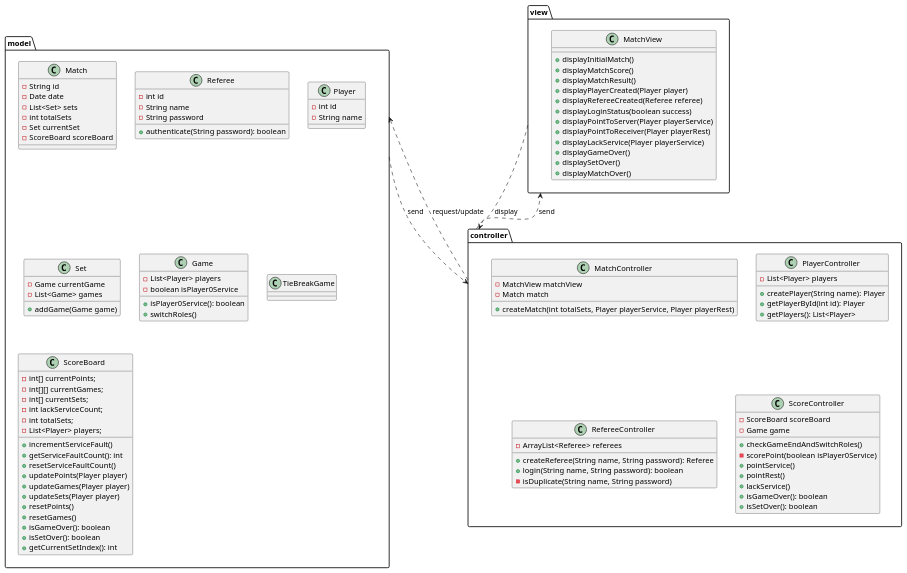
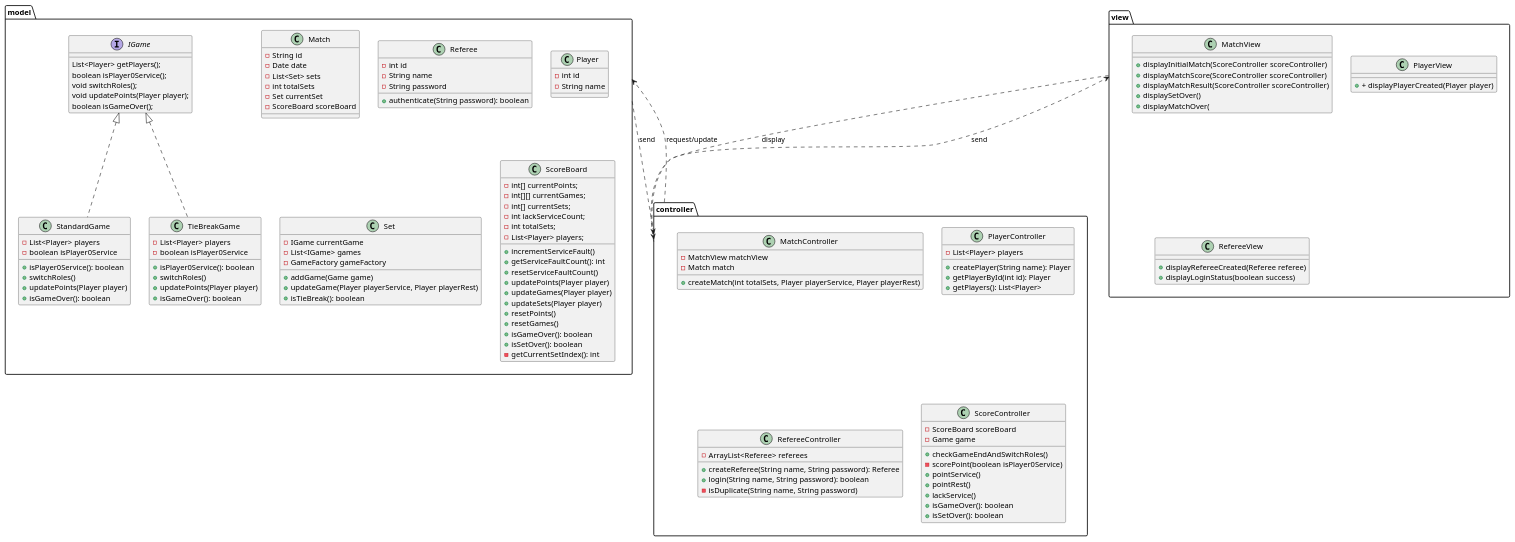
One commit to rafaelacirino/IWVG changed the diagram in docs/diagrams/MVC.plantuml. Above: the diagram before and after it, drawn with PlantUML. The commit also changed 18 other files, not shown here.

```diff
--- a/docs/diagrams/MVC.plantuml
+++ b/docs/diagrams/MVC.plantuml
@@ -1,130 +1,152 @@
 @startuml
 package "model" {
 
     class Match {
     - String id
     - Date date
     - List<Set> sets
     - int totalSets
     - Set currentSet
     - ScoreBoard scoreBoard
 
     }
 
     class Referee {
     - int id
     - String name
     - String password
 
     + authenticate(String password): boolean
     }
 
     class Player {
     - int id
     - String name
+
     }
 
     class Set {
-    - Game currentGame
-    - List<Game> games
+    - IGame currentGame
+    - List<IGame> games
+    - GameFactory gameFactory
 
     + addGame(Game game)
+    + updateGame(Player playerService, Player playerRest)
+    + isTieBreak(): boolean
     }
 
-    class Game {
+    interface IGame {
+    List<Player> getPlayers();
+    boolean isPlayer0Service();
+    void switchRoles();
+    void updatePoints(Player player);
+    boolean isGameOver();
+    }
+
+    class StandardGame implements IGame{
     - List<Player> players
     - boolean isPlayer0Service
 
     + isPlayer0Service(): boolean
     + switchRoles()
+    + updatePoints(Player player)
+    + isGameOver(): boolean
     }
 
-    class TieBreakGame {
+    class TieBreakGame implements IGame{
+    - List<Player> players
+    - boolean isPlayer0Service
+
+    + isPlayer0Service(): boolean
+    + switchRoles()
+    + updatePoints(Player player)
+    + isGameOver(): boolean
     }
 
     class ScoreBoard {
     - int[] currentPoints;
     - int[][] currentGames;
     - int[] currentSets;
     - int lackServiceCount;
     - int totalSets;
     - List<Player> players;
 
     + incrementServiceFault()
     + getServiceFaultCount(): int
     + resetServiceFaultCount()
     + updatePoints(Player player)
     + updateGames(Player player)
     + updateSets(Player player)
     + resetPoints()
     + resetGames()
     + isGameOver(): boolean
     + isSetOver(): boolean
-    + getCurrentSetIndex(): int
+    - getCurrentSetIndex(): int
     }
 }
 
 package "view" {
     class MatchView {
+    + displayInitialMatch(ScoreController scoreController)
+    + displayMatchScore(ScoreController scoreController)
+    + displayMatchResult(ScoreController scoreController)
+    + displaySetOver()
+    + displayMatchOver(
+    }
 
-    + displayInitialMatch()
-    + displayMatchScore()
-    + displayMatchResult()
-    + displayPlayerCreated(Player player)
+    class PlayerView {
+    + + displayPlayerCreated(Player player)
+    }
+
+    class RefereeView {
     + displayRefereeCreated(Referee referee)
     + displayLoginStatus(boolean success)
-    + displayPointToServer(Player playerService)
-    + displayPointToReceiver(Player playerRest)
-    + displayLackService(Player playerService)
-    + displayGameOver()
-    + displaySetOver()
-    + displayMatchOver()
     }
 }
 
 package "controller" {
     class MatchController {
     - MatchView matchView
     - Match match
 
     + createMatch(int totalSets, Player playerService, Player playerRest)
     }
 
     class PlayerController {
     - List<Player> players
 
     + createPlayer(String name): Player
     + getPlayerById(int id): Player
     + getPlayers(): List<Player>
     }
 
     class RefereeController {
     - ArrayList<Referee> referees
 
     + createReferee(String name, String password): Referee
     + login(String name, String password): boolean
     - isDuplicate(String name, String password)
     }
 
     class ScoreController {
     - ScoreBoard scoreBoard
     - Game game
 
     + checkGameEndAndSwitchRoles()
     - scorePoint(boolean isPlayer0Service)
     + pointService()
     + pointRest()
     + lackService()
     + isGameOver(): boolean
     + isSetOver(): boolean
 
     }
 }
 
 "controller" ..> "model" : request/update
 "controller" ..> "view" : send
 "view" ..> "controller" : display
 "model" ..> "controller" : send
 
 
 @enduml
```
